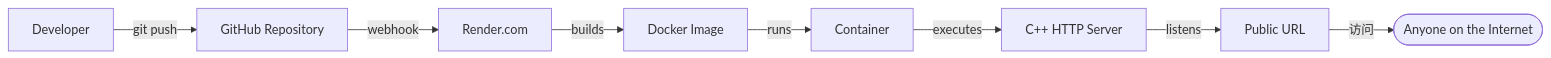
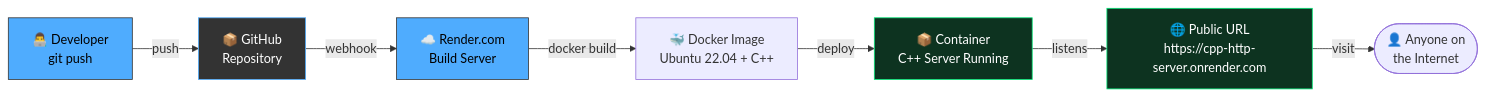
The second of 2 diagrams in README.md (pavanjarpula/Multithreaded-HTTP-Server), drawn with Mermaid before and after one commit. The commit also changed other lines of this file, not shown here.

Commit message:
Rewrite README: visual showcase with architecture diagrams, metrics reference, request lifecycle

````diff
--- a/README.md
+++ b/README.md
@@ -228,10 +517,15 @@
 ```mermaid
 flowchart LR
-    Dev[Developer] -->|git push| GH[GitHub Repository]
-    GH -->|webhook| Render[Render.com]
-    Render -->|builds| Docker[Docker Image]
-    Docker -->|runs| Container[Container]
-    Container -->|executes| Server[C++ HTTP Server]
-    Server -->|listens| URL[Public URL]
-    URL -->|访问| User([Anyone on the Internet])
+    Dev["👨‍💻 Developer<br/>git push"] -->|push| GH["📦 GitHub<br/>Repository"]
+    GH -->|webhook| Render["☁️ Render.com<br/>Build Server"]
+    Render -->|docker build| Image["🐳 Docker Image<br/>Ubuntu 22.04 + C++"]
+    Image -->|deploy| Container["📦 Container<br/>C++ Server Running"]
+    Container -->|listens| URL["🌐 Public URL<br/>https://cpp-http-server.onrender.com"]
+    URL -->|visit| User(["👤 Anyone on<br/>the Internet"])
+    
+    style Dev fill:#4facfe,stroke:#333,color:#000
+    style GH fill:#333,stroke:#4facfe,color:#fff
+    style Render fill:#4facfe,stroke:#333,color:#000
+    style Container fill:#0d3320,stroke:#00e676,color:#fff
+    style URL fill:#0d3320,stroke:#00e676,color:#fff
 ```
````
